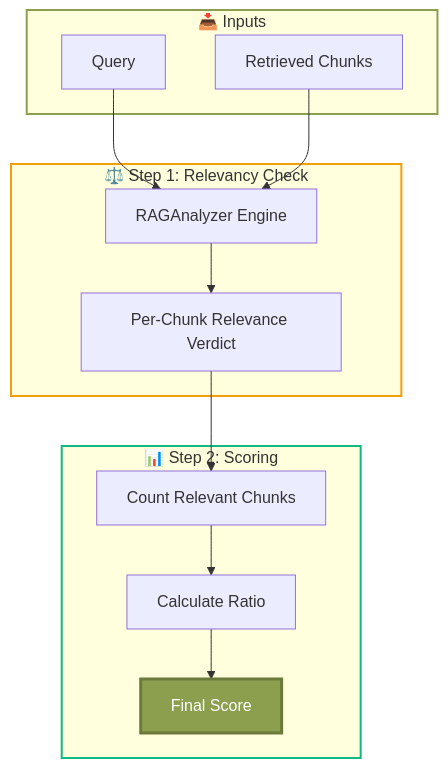
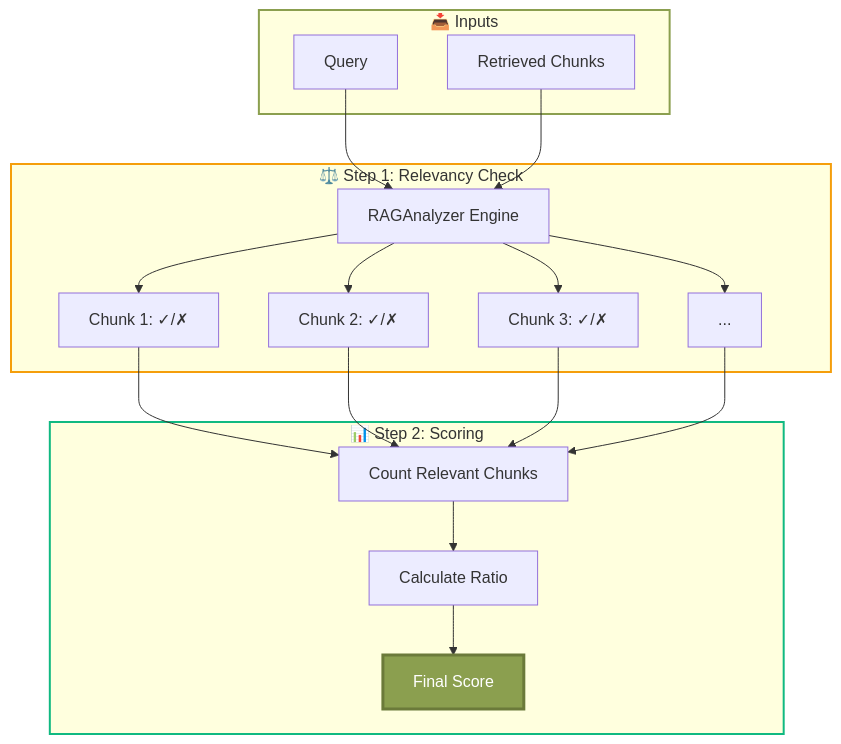
Before and after one commit to ax-foundry/axion: the diagram in docs/metric-registry/composite/contextual_relevancy.md, drawn with Mermaid. The commit also changed 21 other files, not shown here.

````diff
--- a/docs/metric-registry/composite/contextual_relevancy.md
+++ b/docs/metric-registry/composite/contextual_relevancy.md
@@ -92,29 +92,32 @@
     ```mermaid
     flowchart TD
         subgraph INPUT["📥 Inputs"]
             A[Query]
             B[Retrieved Chunks]
         end
 
         subgraph EVALUATE["⚖️ Step 1: Relevancy Check"]
             C[RAGAnalyzer Engine]
-            D["Per-Chunk Relevance Verdict"]
+            D1["Chunk 1: ✓/✗"]
+            D2["Chunk 2: ✓/✗"]
+            D3["Chunk 3: ✓/✗"]
+            DN["..."]
         end
 
         subgraph SCORE["📊 Step 2: Scoring"]
             E["Count Relevant Chunks"]
             F["Calculate Ratio"]
             G["Final Score"]
         end
 
         A & B --> C
-        C --> D
-        D --> E
+        C --> D1 & D2 & D3 & DN
+        D1 & D2 & D3 & DN --> E
         E --> F
         F --> G
 
         style INPUT stroke:#8B9F4F,stroke-width:2px
         style EVALUATE stroke:#f59e0b,stroke-width:2px
         style SCORE stroke:#10b981,stroke-width:2px
         style G fill:#8B9F4F,stroke:#6B7A3A,stroke-width:3px,color:#fff
     ```
````
